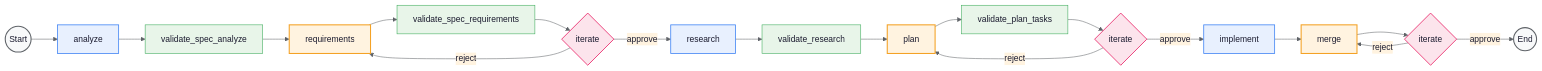
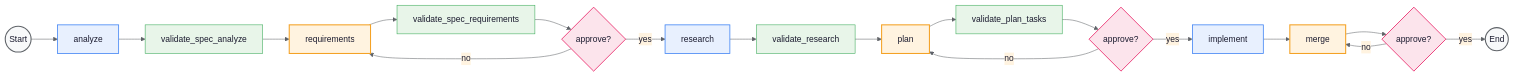
The first of 5 diagrams in tests/integration/infrastructure/services/agents/graph-state-transitions/README.md (shep-ai/cli), drawn with Mermaid before and after one commit. The commit also changed other lines of this file, not shown here.

Commit message:
docs(agents): update graph state transition test directory listing

````diff
--- a/tests/integration/infrastructure/services/agents/graph-state-transitions/README.md
+++ b/tests/integration/infrastructure/services/agents/graph-state-transitions/README.md
@@ -24,28 +24,29 @@
 ```mermaid
 %%{init: {'theme': 'base', 'themeVariables': {'primaryColor': '#E8F0FE', 'primaryBorderColor': '#4285F4', 'primaryTextColor': '#1A1A2E', 'lineColor': '#5F6368', 'secondaryColor': '#FFF3E0', 'tertiaryColor': '#E8F5E9', 'fontFamily': 'Inter, system-ui, sans-serif'}}}%%
 
 graph LR
     S((Start)):::startEnd --> A[analyze]:::producer
     A --> VA[validate_spec_analyze]:::validator
     VA --> R[requirements]:::interruptible
     R --> VR[validate_spec_requirements]:::validator
-    VR --> RI{iterate}:::iteration
-    RI -->|approve| RS[research]:::producer
-    RI -->|reject| R
+    VR --> RI{approve?}:::iteration
+    RI -->|yes| RS[research]:::producer
+    RI -->|no| R
     RS --> VRS[validate_research]:::validator
     VRS --> P[plan]:::interruptible
     P --> VP[validate_plan_tasks]:::validator
-    VP --> PI{iterate}:::iteration
-    PI -->|approve| I[implement]:::producer
-    PI -->|reject| P
+    VP --> PI{approve?}:::iteration
+    PI -->|yes| I[implement]:::producer
+    PI -->|no| P
     I --> M[merge]:::interruptible
-    M --> MI{iterate}:::iteration
-    MI -->|approve| E((End)):::startEnd
-    MI -->|reject| M
+    M --> MI{approve?}:::iteration
+    MI -->|yes| E((End)):::startEnd
+    MI -->|no| M
 
     classDef startEnd fill:#F8F9FA,stroke:#5F6368,stroke-width:2px,color:#1A1A2E
     classDef producer fill:#E8F0FE,stroke:#4285F4,stroke-width:1.5px,color:#1A1A2E
     classDef interruptible fill:#FFF3E0,stroke:#F4A226,stroke-width:2px,color:#1A1A2E
     classDef validator fill:#E8F5E9,stroke:#34A853,stroke-width:1px,color:#1A1A2E
     classDef iteration fill:#FCE4EC,stroke:#E91E63,stroke-width:1.5px,color:#1A1A2E
+    classDef reject fill:#FFCDD2,stroke:#E53935,stroke-width:1.5px,color:#1A1A2E
 ```
````
